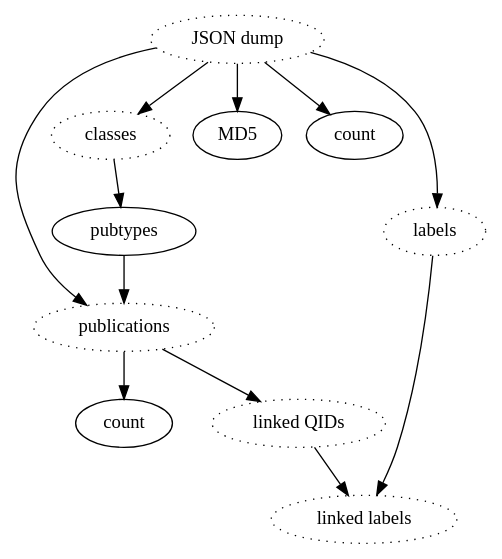
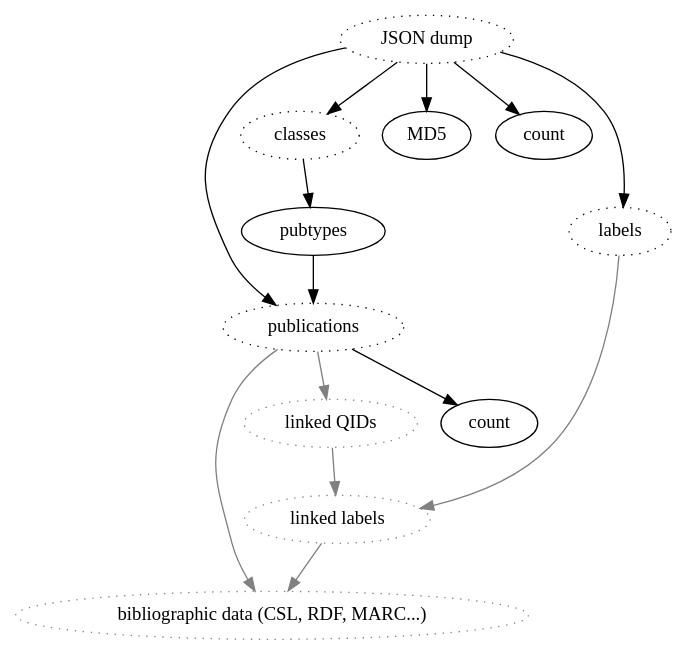
Before and after one commit to wikicite/wikicite-data: the diagram in dataflow.dot, drawn with Graphviz. The commit also changed 2 other files, not shown here.

Commit message:
Extend dataflow diagram

```diff
--- a/dataflow.dot
+++ b/dataflow.dot
@@ -1,29 +1,34 @@
 digraph {
   dump[label="JSON dump",style=dotted]
   publications[label="publications",style=dotted]
 
   classes[style=dotted]
 
   dump -> classes
   dump -> MD5
   dump -> idsCount
   dump -> allLabels
 
   idsCount[label="count"]
 
   classes -> pubtypes
   dump -> publications
   pubtypes -> publications
   publications -> publicationsIdsCount
 
   publicationsIdsCount[label="count"]
 
-  publications -> linkedIds
+  publications -> linkedIds [color=grey]
   
-  linkedIds[label="linked QIDs",style=dotted]
+  linkedIds[label="linked QIDs",style=dotted,color=grey]
   allLabels[label="labels",style=dotted]
-  linkedLabels[label="linked labels",style=dotted]
+  linkedLabels[label="linked labels",style=dotted, color=grey]
 
-  linkedIds -> linkedLabels
-  allLabels -> linkedLabels
+  linkedIds -> linkedLabels [color=grey]
+  allLabels -> linkedLabels [color=grey]
+
+  publications -> bibdata [color=grey]
+  linkedLabels -> bibdata [color=grey]
+  bibdata[label="bibliographic data (CSL, RDF, MARC...)", color=grey, style=dotted]
+
 }
```
